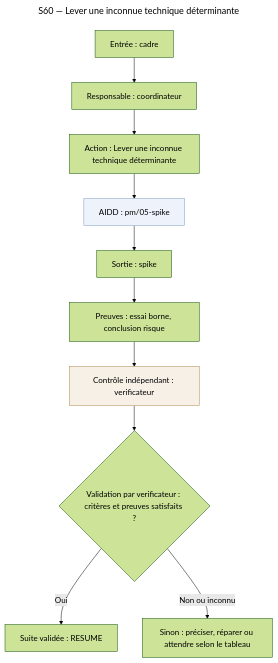
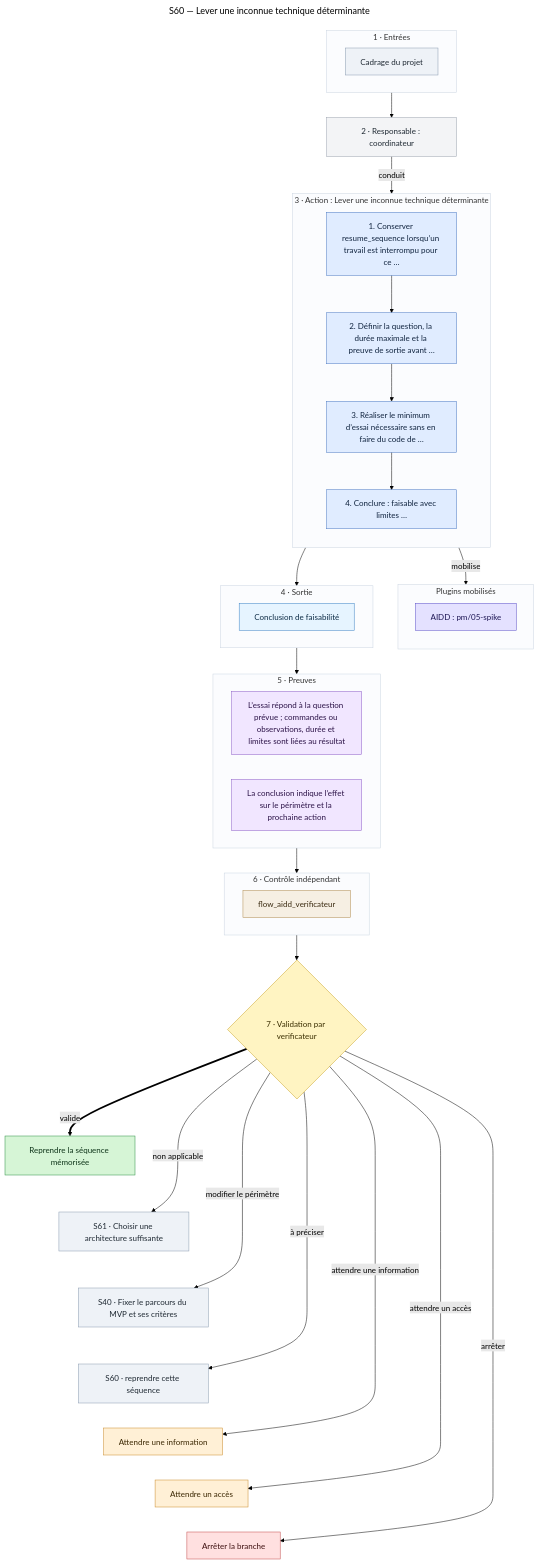
One commit to yanix2445/flow-aidd changed the ninth of 21 diagrams in docs/schemas/schemas.md. Above: the diagram before and after it, drawn with Mermaid (forest theme). The commit also changed other lines of this file and 23 other files, not shown here.

First line of the commit message:
docs(schemas): redraw Mermaid schemas with aidd-context:09-mermaid

````diff
--- a/docs/schemas/schemas.md
+++ b/docs/schemas/schemas.md
@@ -299,27 +809,90 @@
 title: "S60 — Lever une inconnue technique déterminante"
 ---
 flowchart TB
-  Entree["Entrée : cadre"]
-  Responsable["Responsable : coordinateur"]
-  Action["Action : Lever une inconnue technique déterminante"]
-  Plugins["AIDD : pm/05-spike"]
-  Sortie["Sortie : spike"]
-  Preuve["Preuves : essai borne, conclusion risque"]
-  Controle["Contrôle indépendant : verificateur"]
-  Validation{"Validation par verificateur : critères et preuves satisfaits ?"}
-  Destination["Suite validée : RESUME"]
-  AutreIssue["Sinon : préciser, réparer ou attendre selon le tableau"]
-  Entree --> Responsable
-  Responsable --> Action
-  Action --> Plugins
-  Plugins --> Sortie
-  Sortie --> Preuve
-  Preuve --> Controle
+  subgraph Entrees["1 · Entrées"]
+    EntreeCadre["Cadrage du projet"]
+  end
+  Responsable["2 · Responsable : coordinateur"]
+  subgraph Action["3 · Action : Lever une inconnue technique déterminante"]
+    direction TB
+    Etape1["1. Conserver resume_sequence lorsqu’un travail est interrompu pour ce …"]
+    Etape2["2. Définir la question, la durée maximale et la preuve de sortie avant …"]
+    Etape3["3. Réaliser le minimum d’essai nécessaire sans en faire du code de …"]
+    Etape4["4. Conclure : faisable avec limites …"]
+  end
+  subgraph Plugins["Plugins mobilisés"]
+    direction TB
+    PluginsAidd["AIDD : pm/05-spike"]
+  end
+  subgraph Sortie["4 · Sortie"]
+    SortieSpike["Conclusion de faisabilité"]
+  end
+  subgraph Preuves["5 · Preuves"]
+    PreuveEssaiBorne["L’essai répond à la question prévue ; commandes ou observations, durée et limites sont liées au résultat"]
+    PreuveConclusionRisque["La conclusion indique l’effet sur le périmètre et la prochaine action"]
+  end
+  subgraph Controle["6 · Contrôle indépendant"]
+    AgentVerificateur["flow_aidd_verificateur"]
+  end
+  Validation{"7 · Validation par verificateur"}
+  VersRESUME["Reprendre la séquence mémorisée"]
+  VersS61["S61 · Choisir une architecture suffisante"]
+  VersS40["S40 · Fixer le parcours du MVP et ses critères"]
+  VersS60["S60 · reprendre cette séquence"]
+  VersWAIT_INFO["Attendre une information"]
+  VersWAIT_ACCESS["Attendre un accès"]
+  VersSTOP["Arrêter la branche"]
+  Entrees --> Responsable
+  Responsable -- "conduit" --> Action
+  Etape1 --> Etape2
+  Etape2 --> Etape3
+  Etape3 --> Etape4
+  Action -- "mobilise" --> Plugins
+  Action --> Sortie
+  Sortie --> Preuves
+  Preuves --> Controle
   Controle --> Validation
-  Validation -- "Oui" --> Destination
-  Validation -- "Non ou inconnu" --> AutreIssue
-  classDef plugins fill:#eef3fb,stroke:#7f9cc7
-  class Plugins plugins
-  classDef controle fill:#f6f0e6,stroke:#b08a4f
-  class Controle controle
+  VersRESUME ~~~ VersS61
+  VersS61 ~~~ VersS40
+  VersS40 ~~~ VersS60
+  VersS60 ~~~ VersWAIT_INFO
+  VersWAIT_INFO ~~~ VersWAIT_ACCESS
+  VersWAIT_ACCESS ~~~ VersSTOP
+  Validation == "valide" ==> VersRESUME
+  Validation -- "non applicable" --> VersS61
+  Validation -- "modifier le périmètre" --> VersS40
+  Validation -- "à préciser" --> VersS60
+  Validation -- "attendre une information" --> VersWAIT_INFO
+  Validation -- "attendre un accès" --> VersWAIT_ACCESS
+  Validation -- "arrêter" --> VersSTOP
+  classDef entree fill:#eef2f7,stroke:#8a9bb0,color:#1f2933
+  classDef responsable fill:#f3f4f6,stroke:#9ca3af,color:#1f2933
+  classDef etape fill:#e0ecff,stroke:#4a78c2,color:#10243f
+  classDef aidd fill:#e4e1ff,stroke:#5b4fc7,color:#1d1554
+  classDef sortie fill:#e6f4ff,stroke:#3b82c4,color:#0b2a44
+  classDef preuve fill:#f1e6ff,stroke:#8b5cc7,color:#2b1247
+  classDef controle fill:#f6efe3,stroke:#b08a4f,color:#3a2a10
+  classDef validation fill:#fff4c2,stroke:#c9a227,color:#3a2e00
+  classDef ok fill:#d6f5d6,stroke:#2f8f46,color:#0d3318
+  classDef retour fill:#eef2f7,stroke:#8a9bb0,color:#1f2933
+  classDef attente fill:#fff0d6,stroke:#c98a2b,color:#3a2600
+  classDef stop fill:#ffe0e0,stroke:#c24a4a,color:#3d0f0f
+  class EntreeCadre entree
+  class Responsable responsable
+  class Etape1,Etape2,Etape3,Etape4 etape
+  class PluginsAidd aidd
+  class SortieSpike sortie
+  class PreuveEssaiBorne,PreuveConclusionRisque preuve
+  class AgentVerificateur controle
+  class Validation validation
+  class VersRESUME ok
+  class VersS61,VersS40,VersS60 retour
+  class VersWAIT_INFO,VersWAIT_ACCESS attente
+  class VersSTOP stop
+  style Entrees fill:#fbfcfe,stroke:#cbd5e1
+  style Action fill:#fbfcfe,stroke:#cbd5e1
+  style Plugins fill:#fbfcfe,stroke:#cbd5e1
+  style Sortie fill:#fbfcfe,stroke:#cbd5e1
+  style Preuves fill:#fbfcfe,stroke:#cbd5e1
+  style Controle fill:#fbfcfe,stroke:#cbd5e1
 ```
````
